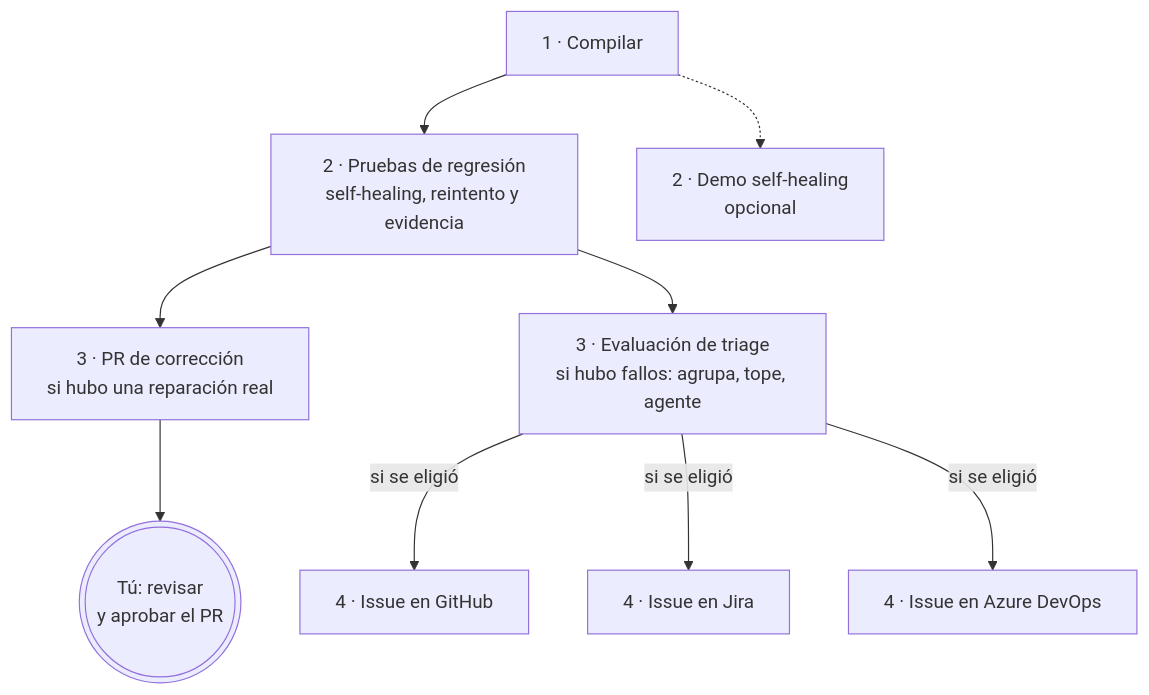
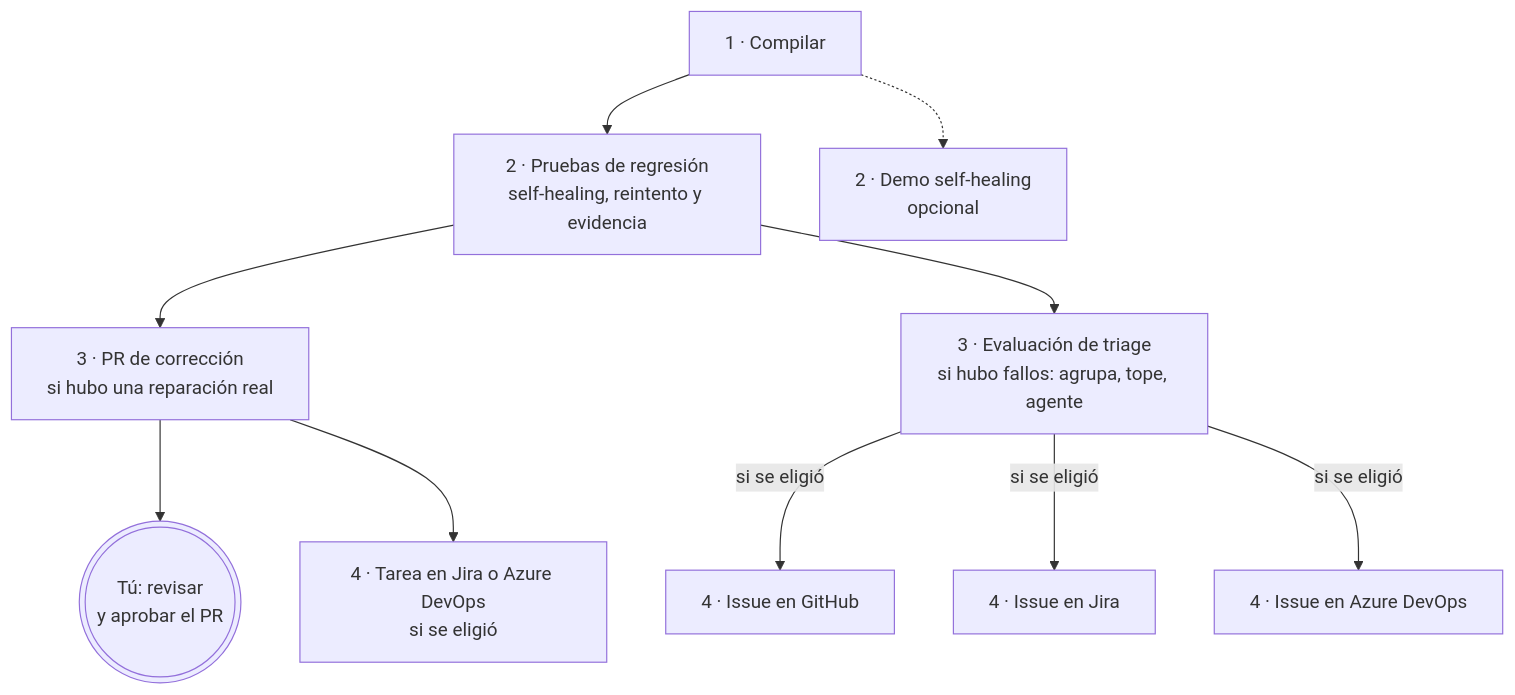
Before and after one commit to pgp-qa-automation-labs/poc-selenium-cucumber: the fourth of 4 diagrams in README.md, drawn with Mermaid. The commit also changed other lines of this file and 9 other files, not shown here.

First line of the commit message:
Tareas de mantenimiento en Jira y Azure DevOps por reparaciones reales del self-healing

````diff
--- a/README.md
+++ b/README.md
@@ -177,19 +177,21 @@
 ```mermaid
 flowchart TD
     C["1 · Compilar"]
     REG["2 · Pruebas de regresión<br/>self-healing, reintento y evidencia"]
     DEMO["2 · Demo self-healing<br/>opcional"]
     PR["3 · PR de corrección<br/>si hubo una reparación real"]
     TRI["3 · Evaluación de triage<br/>si hubo fallos: agrupa, tope, agente"]
     GH["4 · Issue en GitHub"]
     JI["4 · Issue en Jira"]
     AZ["4 · Issue en Azure DevOps"]
+    TAR["4 · Tarea en Jira o Azure DevOps<br/>si se eligió"]
     REV(((Tú: revisar<br/>y aprobar el PR)))
     C --> REG
     C -.-> DEMO
     REG --> PR --> REV
+    PR --> TAR
     REG --> TRI
     TRI -->|"si se eligió"| GH
     TRI -->|"si se eligió"| JI
     TRI -->|"si se eligió"| AZ
 ```
````
